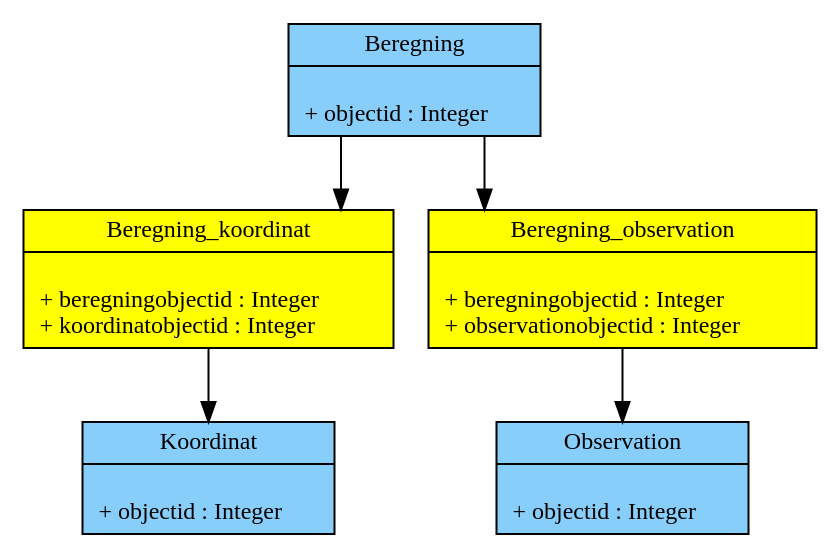
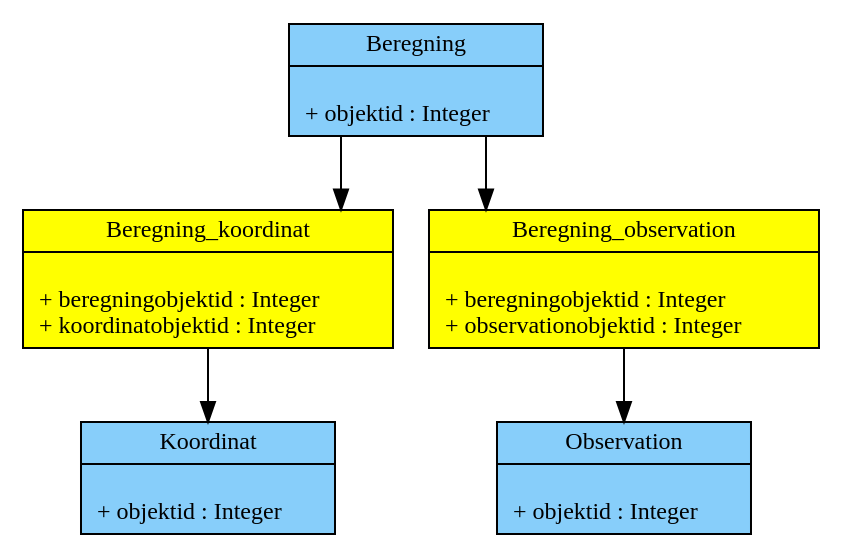
One commit to SDFIdk/FIRE changed the fourth of 5 diagrams in docs/datamodel.rst. Above: the diagram before and after it, drawn with Graphviz. The commit also changed other lines of this file and 13 other files, not shown here.

```diff
--- a/docs/datamodel.rst
+++ b/docs/datamodel.rst
@@ -381,56 +381,56 @@
 .. graphviz::
     :name: Beregning
     :caption: Beregninger
     :align: center
 
         digraph "Punktinformationer" {
             node [shape=record, fontname="Verdana", fontsize="12"];
             graph [splines=ortho];
 
             Beregning [
                 fillcolor = lightskyblue
                 style = filled
                 label = "{Beregning|\l
-                        + objectid : Integer\l
+                        + objektid : Integer\l
                 }"
             ]
 
             Beregning_koordinat [
                 fillcolor = yellow
                 style = filled
                 label = "{Beregning_koordinat|\l
-                        + beregningobjectid : Integer\l
-                        + koordinatobjectid : Integer\l
+                        + beregningobjektid : Integer\l
+                        + koordinatobjektid : Integer\l
                 }"
             ]
 
             Beregning_observation [
                 fillcolor = yellow
                 style = filled
                 label = "{Beregning_observation|\l
-                        + beregningobjectid : Integer\l
-                        + observationobjectid : Integer\l
+                        + beregningobjektid : Integer\l
+                        + observationobjektid : Integer\l
                 }"
             ]
 
             Koordinat [
                 fillcolor = lightskyblue
                 style = filled
                 label = "{Koordinat|\l
-                        + objectid : Integer\l
+                        + objektid : Integer\l
                 }"
             ]
 
             Observation [
                 fillcolor = lightskyblue
                 style = filled
                 label = "{Observation|\l
-                    + objectid : Integer\l
+                    + objektid : Integer\l
 
                 }"
             ]
 
             Beregning -> Beregning_observation -> Observation:n;
             Beregning -> Beregning_koordinat -> Koordinat:n;
 
         }
```
